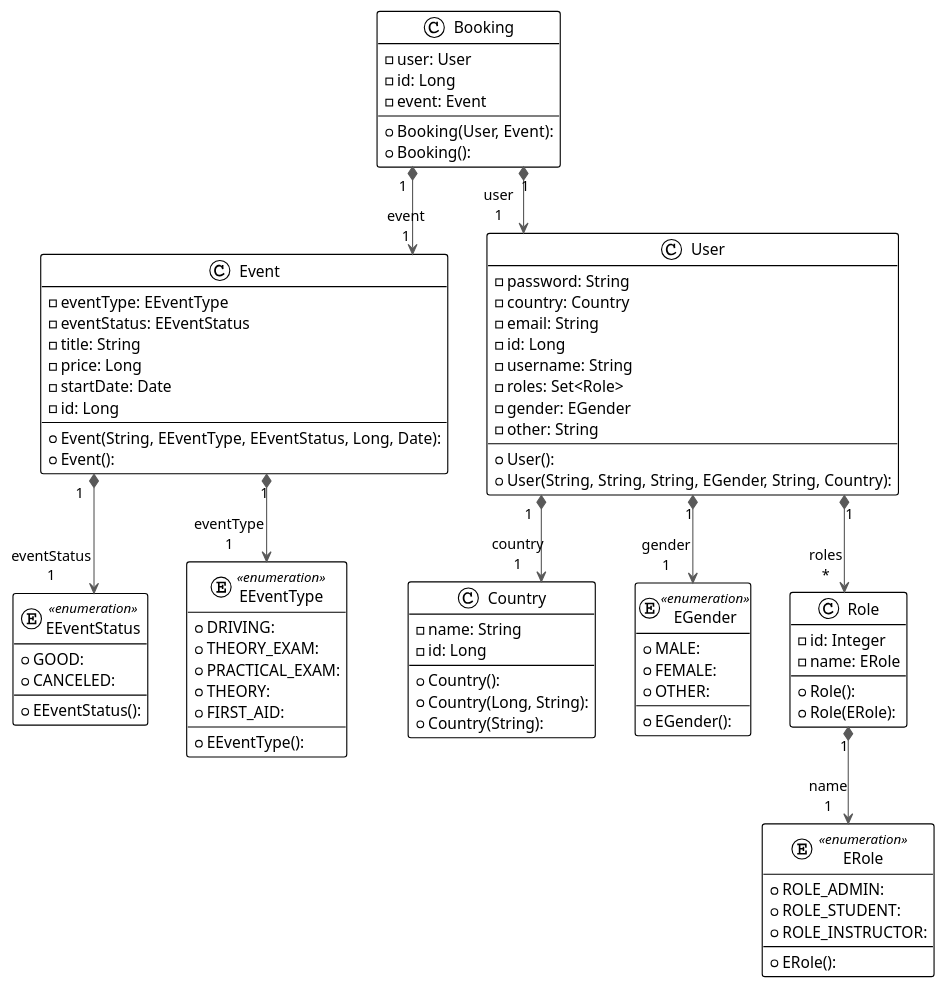
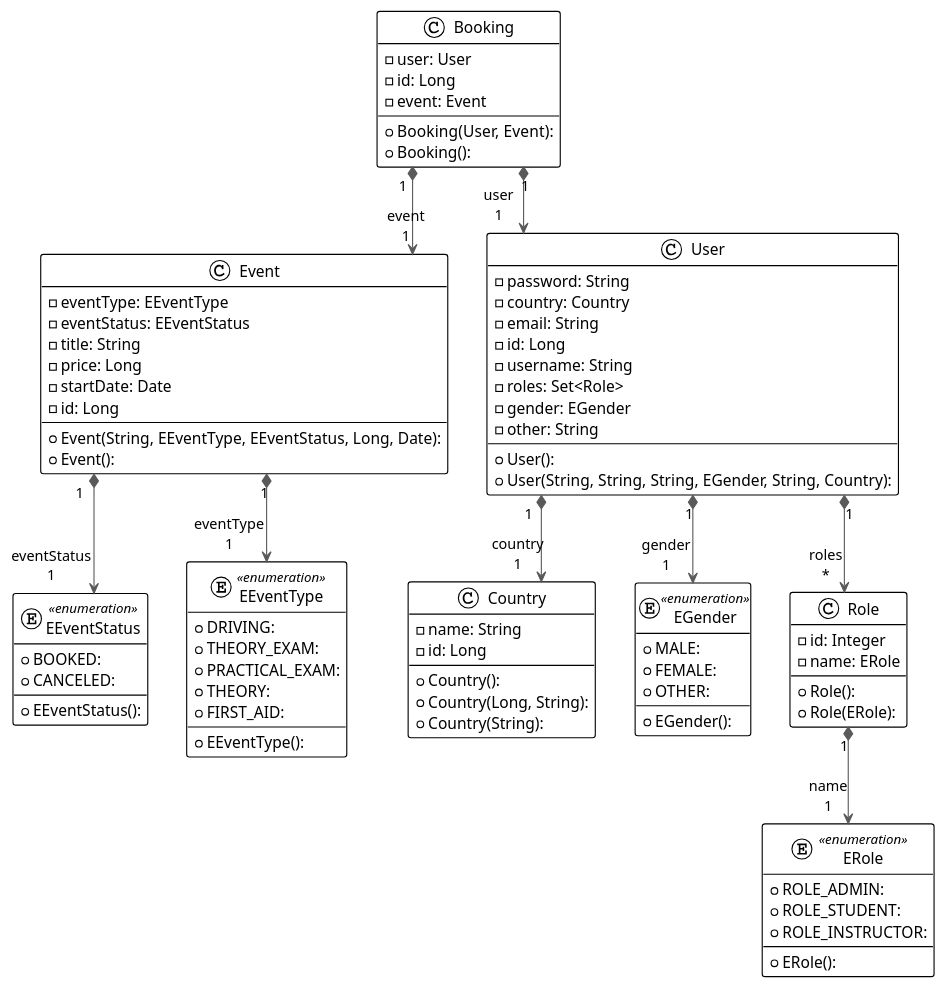
Before and after one commit to ZuzkaGlaess/driving-school-booking-app-backend-V2: the diagram in src/main/resources/DBModel.plantuml, drawn with PlantUML. The commit also changed 1 other file, not shown here.

```diff
--- a/src/main/resources/DBModel.plantuml
+++ b/src/main/resources/DBModel.plantuml
@@ -1,83 +1,83 @@
 @startuml
 
 !theme plain
 top to bottom direction
 skinparam linetype ortho
 
 class Booking {
   + Booking(User, Event): 
   + Booking(): 
   - user: User
   - id: Long
   - event: Event
 }
 class Country {
   + Country(): 
   + Country(Long, String): 
   + Country(String): 
   - name: String
   - id: Long
 }
 enum EEventStatus << enumeration >> {
   + EEventStatus(): 
-  + GOOD: 
+  + BOOKED:
   + CANCELED: 
 }
 enum EEventType << enumeration >> {
   + EEventType(): 
   + DRIVING: 
   + THEORY_EXAM: 
   + PRACTICAL_EXAM: 
   + THEORY: 
   + FIRST_AID: 
 }
 enum EGender << enumeration >> {
   + EGender(): 
   + MALE: 
   + FEMALE: 
   + OTHER: 
 }
 enum ERole << enumeration >> {
   + ERole(): 
   + ROLE_ADMIN: 
   + ROLE_STUDENT: 
   + ROLE_INSTRUCTOR: 
 }
 class Event {
   + Event(String, EEventType, EEventStatus, Long, Date): 
   + Event(): 
   - eventType: EEventType
   - eventStatus: EEventStatus
   - title: String
   - price: Long
   - startDate: Date
   - id: Long
 }
 class Role {
   + Role(): 
   + Role(ERole): 
   - id: Integer
   - name: ERole
 }
 class User {
   + User(): 
   + User(String, String, String, EGender, String, Country): 
   - password: String
   - country: Country
   - email: String
   - id: Long
   - username: String
   - roles: Set<Role>
   - gender: EGender
   - other: String
 }
 
 Booking      "1" *-[#595959,plain]-> "event\n1" Event        
 Booking      "1" *-[#595959,plain]-> "user\n1" User         
 Event        "1" *-[#595959,plain]-> "eventStatus\n1" EEventStatus 
 Event        "1" *-[#595959,plain]-> "eventType\n1" EEventType   
 Role         "1" *-[#595959,plain]-> "name\n1" ERole        
 User         "1" *-[#595959,plain]-> "country\n1" Country      
 User         "1" *-[#595959,plain]-> "gender\n1" EGender      
 User         "1" *-[#595959,plain]-> "roles\n*" Role         
 @enduml
```
